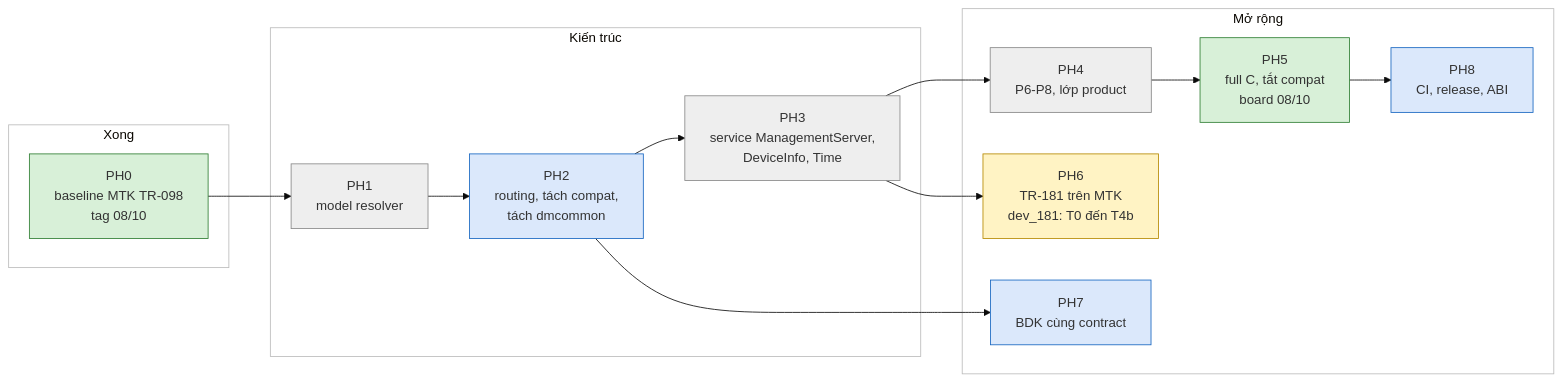
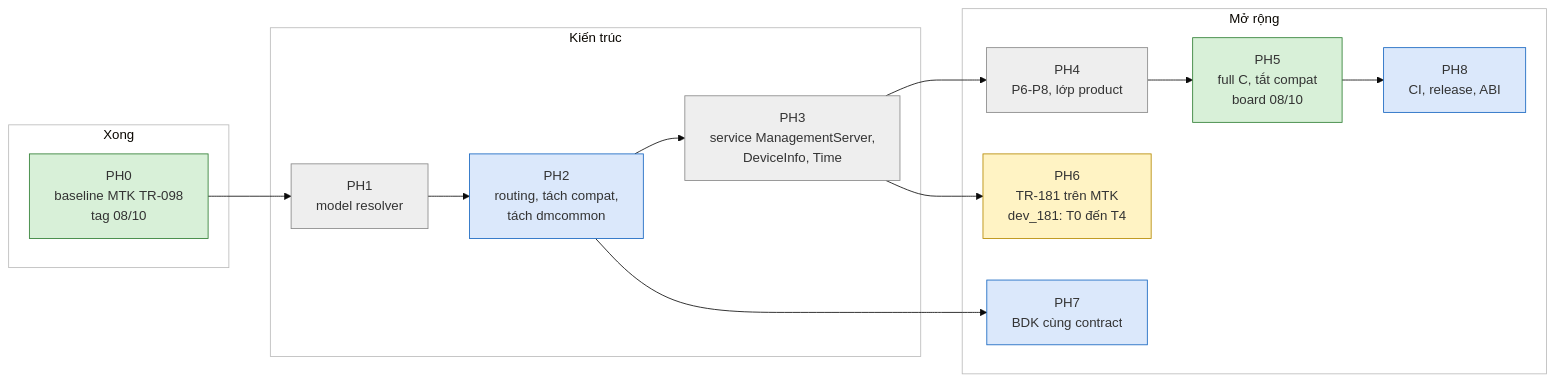
One commit to tunguyenvanbn94/icwmpMultiSdk changed the diagram in docs/handover/icwmp_progress_matrix.md. Above: the diagram before and after it, drawn with Mermaid (base theme). The commit also changed other lines of this file and 17 other files, not shown here.

````diff
--- a/docs/handover/icwmp_progress_matrix.md
+++ b/docs/handover/icwmp_progress_matrix.md
@@ -17,34 +17,34 @@
 ```mermaid
 flowchart LR
     subgraph NOW["Xong"]
         PH0["PH0<br/>baseline MTK TR-098<br/>tag 08/10"]
     end
     subgraph NEXT["Kiến trúc"]
         PH1["PH1<br/>model resolver"]
         PH2["PH2<br/>routing, tách compat,<br/>tách dmcommon"]
         PH3["PH3<br/>service ManagementServer,<br/>DeviceInfo, Time"]
     end
     subgraph LATER["Mở rộng"]
         PH4["PH4<br/>P6-P8, lớp product"]
         PH5["PH5<br/>full C, tắt compat<br/>board 08/10"]
-        PH6["PH6<br/>TR-181 trên MTK<br/>dev_181: T0 đến T4b"]
+        PH6["PH6<br/>TR-181 trên MTK<br/>dev_181: T0 đến T4"]
         PH7["PH7<br/>BDK cùng contract"]
         PH8["PH8<br/>CI, release, ABI"]
     end
     PH0 --> PH1 --> PH2 --> PH3 --> PH4 --> PH5
     PH3 --> PH6
     PH2 --> PH7
     PH5 --> PH8
     style NOW fill:#ffffff,stroke:#bbbbbb
     style NEXT fill:#ffffff,stroke:#bbbbbb
     style LATER fill:#ffffff,stroke:#bbbbbb
     style PH0 fill:#d8f0d8,stroke:#2e7d32
     style PH2 fill:#dbe8fb,stroke:#1565c0
     style PH7 fill:#dbe8fb,stroke:#1565c0
     style PH8 fill:#dbe8fb,stroke:#1565c0
     style PH1 fill:#eeeeee,stroke:#888888
     style PH3 fill:#eeeeee,stroke:#888888
     style PH4 fill:#eeeeee,stroke:#888888
     style PH5 fill:#d8f0d8,stroke:#2e7d32
     style PH6 fill:#fff3c4,stroke:#b58900
 ```
````
